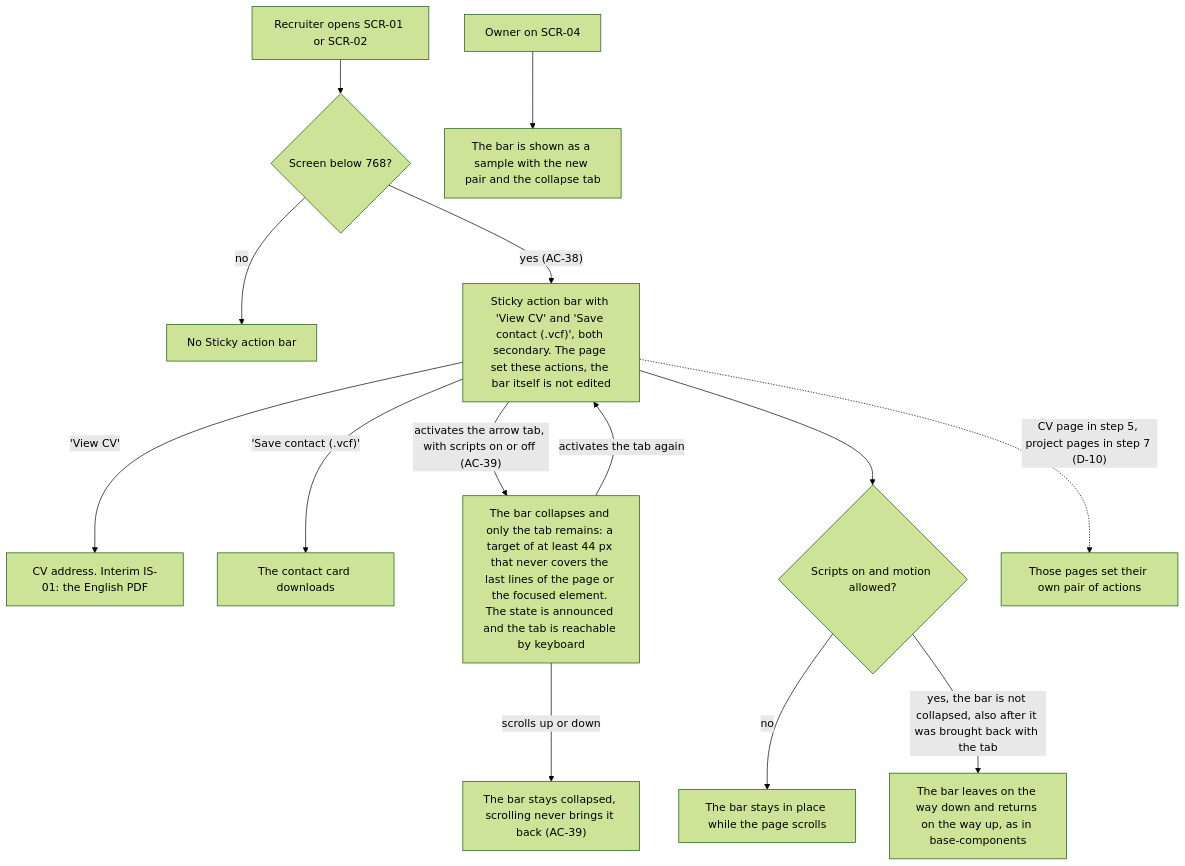
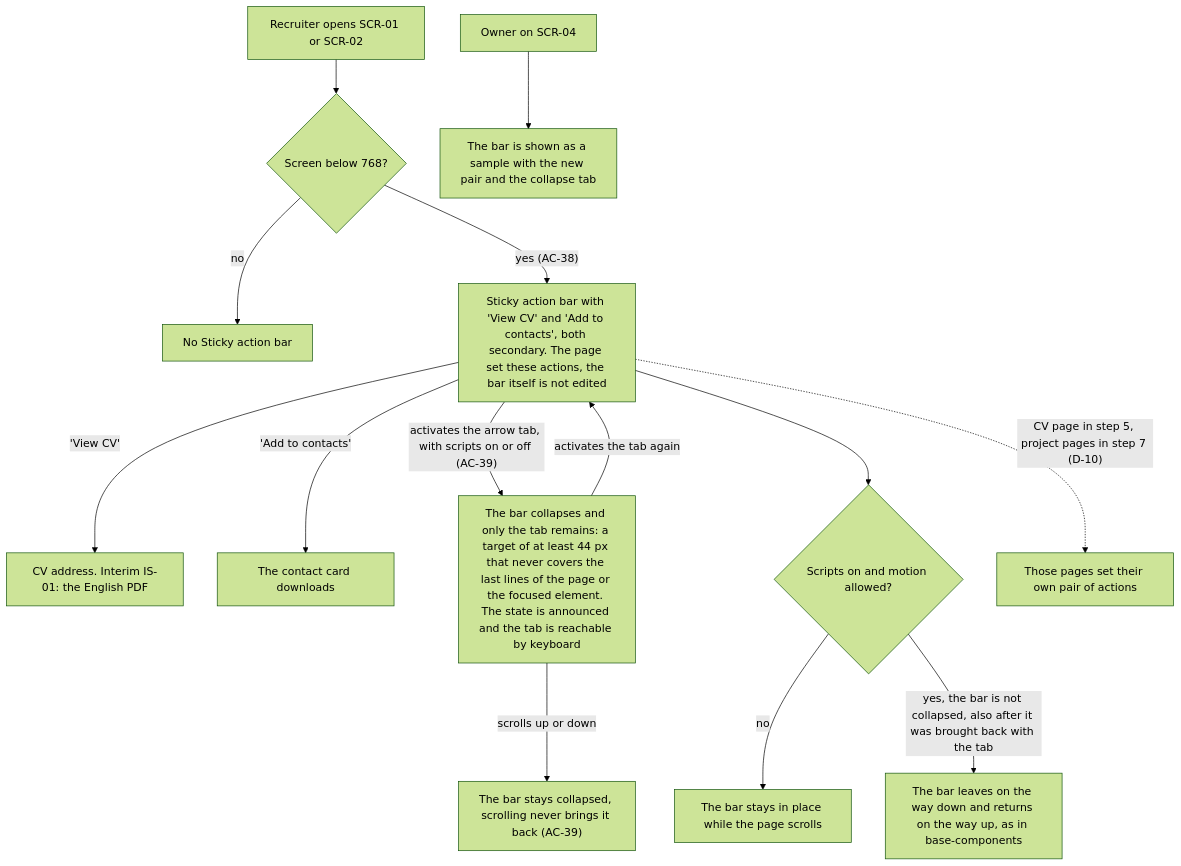
The tenth of 10 diagrams in docs/features/home/ux-flows.md (Ponomaleks/alpon.dev), drawn with Mermaid (forest theme) before and after one commit. The commit also changed other lines of this file and 29 other files, not shown here.

First line of the commit message:
feat(home): Rename the contact card action to "Add to contacts" with .vcf as meta text

````diff
--- a/docs/features/home/ux-flows.md
+++ b/docs/features/home/ux-flows.md
@@ -230,16 +230,16 @@
 ```mermaid
 flowchart TD
     A["Recruiter opens SCR-01 or SCR-02"] --> B{"Screen below 768?"}
     B -->|"no"| X["No Sticky action bar"]
-    B -->|"yes (AC-38)"| C["Sticky action bar with 'View CV' and 'Save contact (.vcf)', both secondary. The page set these actions, the bar itself is not edited"]
+    B -->|"yes (AC-38)"| C["Sticky action bar with 'View CV' and 'Add to contacts', both secondary. The page set these actions, the bar itself is not edited"]
     C -->|"'View CV'"| V["CV address. Interim IS-01: the English PDF"]
-    C -->|"'Save contact (.vcf)'"| D["The contact card downloads"]
+    C -->|"'Add to contacts'"| D["The contact card downloads"]
     C -->|"activates the arrow tab, with scripts on or off (AC-39)"| T["The bar collapses and only the tab remains: a target of at least 44 px that never covers the last lines of the page or the focused element. The state is announced and the tab is reachable by keyboard"]
     T -->|"activates the tab again"| C
     T -->|"scrolls up or down"| T2["The bar stays collapsed, scrolling never brings it back (AC-39)"]
     C --> S{"Scripts on and motion allowed?"}
     S -->|"no"| S1["The bar stays in place while the page scrolls"]
     S -->|"yes, the bar is not collapsed, also after it was brought back with the tab"| S2["The bar leaves on the way down and returns on the way up, as in base-components"]
     C -.->|"CV page in step 5, project pages in step 7 (D-10)"| L["Those pages set their own pair of actions"]
     O["Owner on SCR-04"] --> O1["The bar is shown as a sample with the new pair and the collapse tab"]
 ```
````
